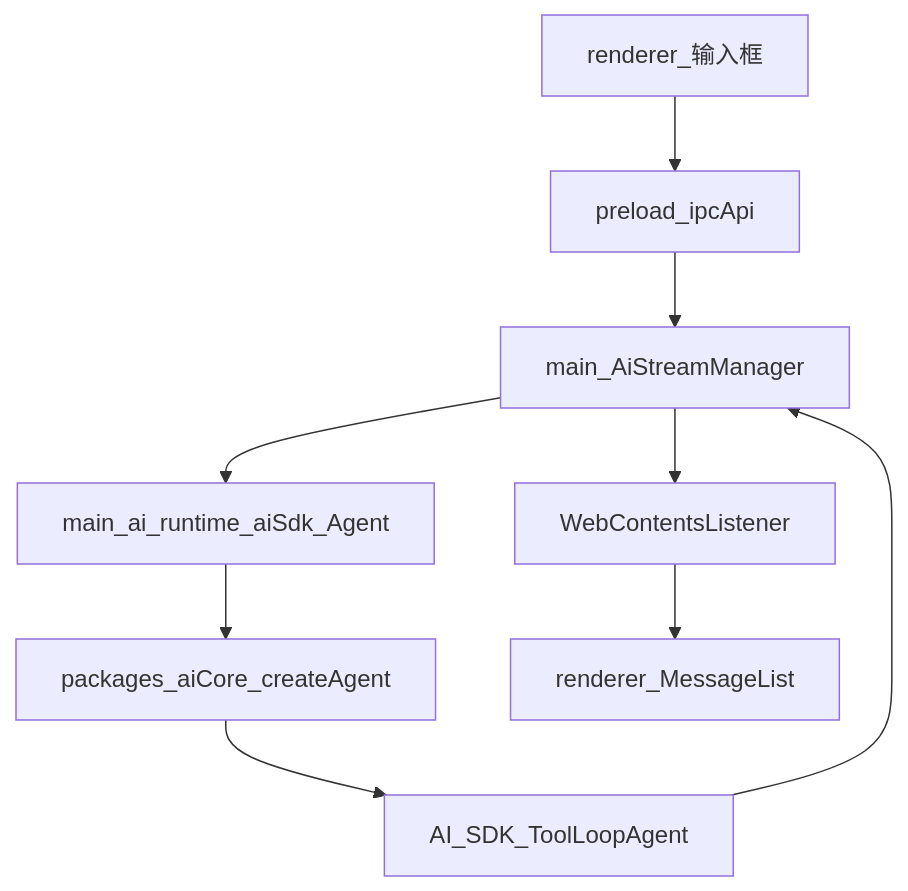
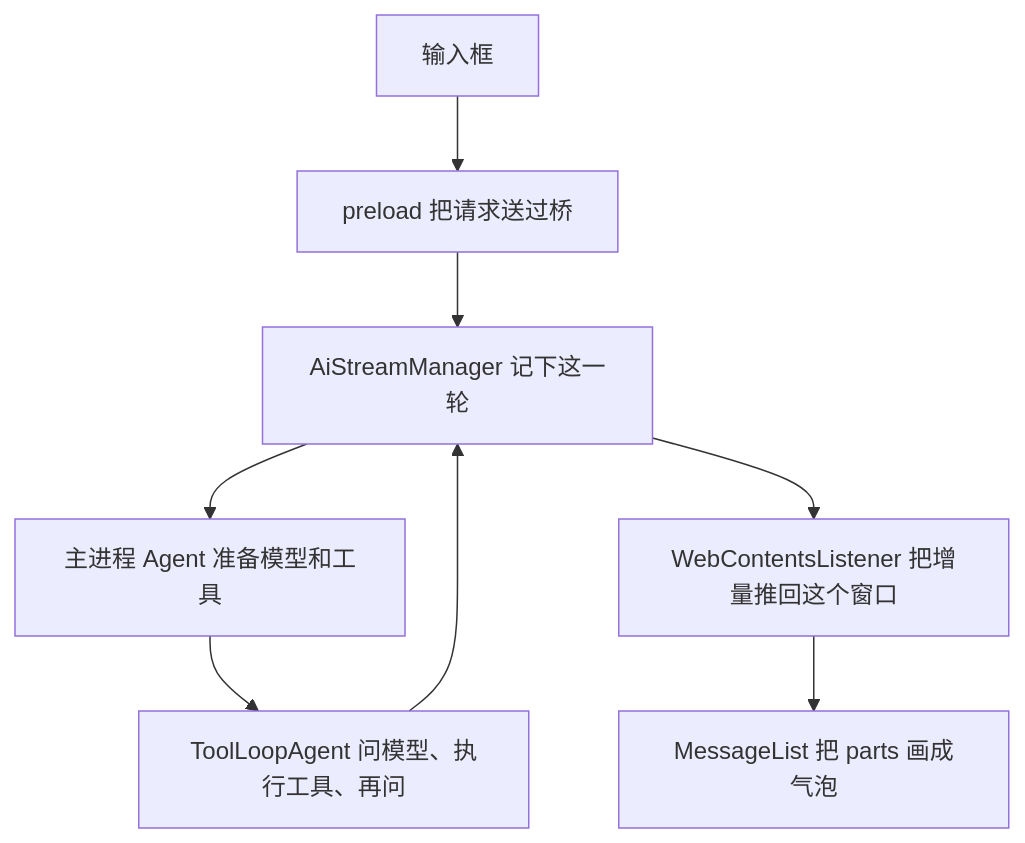
Before and after one commit to StudyDayByDay/learn-cherry-studio: the diagram in docs/map/one-message.md, drawn with Mermaid. The commit also changed other lines of this file and 34 other files, not shown here.

````diff
--- a/docs/map/one-message.md
+++ b/docs/map/one-message.md
@@ -19,11 +19,10 @@
 ```mermaid
 flowchart TD
-  composer[renderer_输入框] --> preload[preload_ipcApi]
-  preload --> manager[main_AiStreamManager]
-  manager --> agent[main_ai_runtime_aiSdk_Agent]
-  agent --> createAgent[packages_aiCore_createAgent]
-  createAgent --> loop[AI_SDK_ToolLoopAgent]
+  composer[输入框] --> preload[preload 把请求送过桥]
+  preload --> manager[AiStreamManager 记下这一轮]
+  manager --> agent[主进程 Agent 准备模型和工具]
+  agent --> loop[ToolLoopAgent 问模型、执行工具、再问]
   loop --> manager
-  manager --> wc[WebContentsListener]
-  wc --> list[renderer_MessageList]
+  manager --> wc[WebContentsListener 把增量推回这个窗口]
+  wc --> list[MessageList 把 parts 画成气泡]
 ```
````
